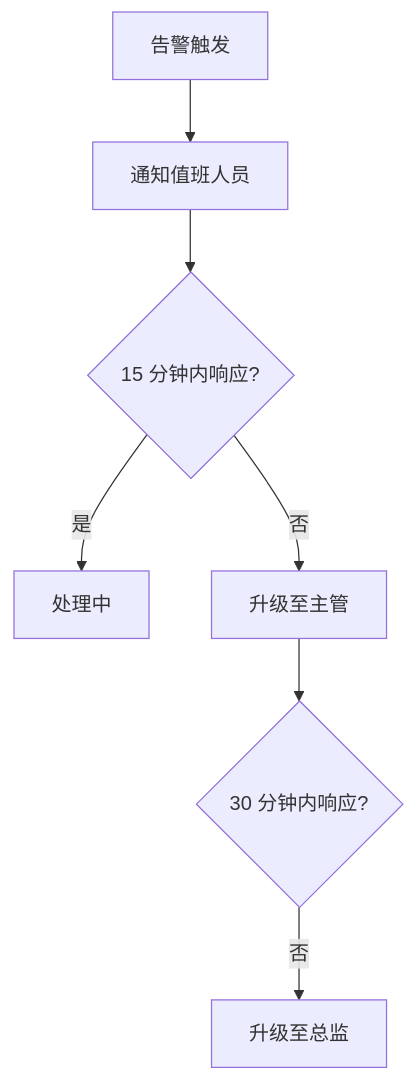
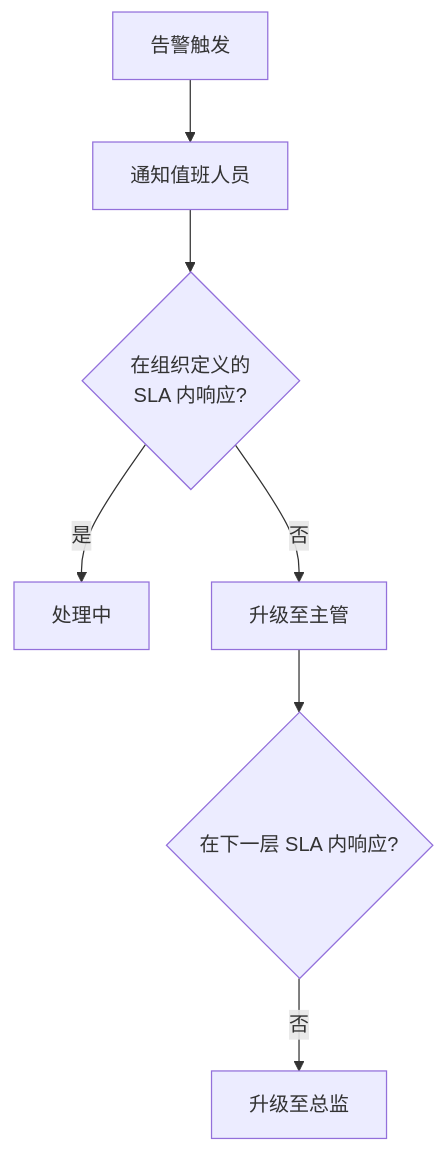
The second of 2 diagrams in 10_operations/10.2_anomaly_detection.md (yeasy/ai_security_guide), drawn with Mermaid before and after one commit. The commit also changed other lines of this file and 24 other files, not shown here.

````diff
--- a/10_operations/10.2_anomaly_detection.md
+++ b/10_operations/10.2_anomaly_detection.md
@@ -115,9 +115,9 @@
 ```mermaid
 flowchart TB
     A["告警触发"] --> B["通知值班人员"]
-    B --> C{"15 分钟内响应?"}
+    B --> C{"在组织定义的<br/>SLA 内响应?"}
     C --> |是| D["处理中"]
     C --> |否| E["升级至主管"]
-    E --> F{"30 分钟内响应?"}
+    E --> F{"在下一层 SLA 内响应?"}
     F --> |否| G["升级至总监"]
 ```
````
